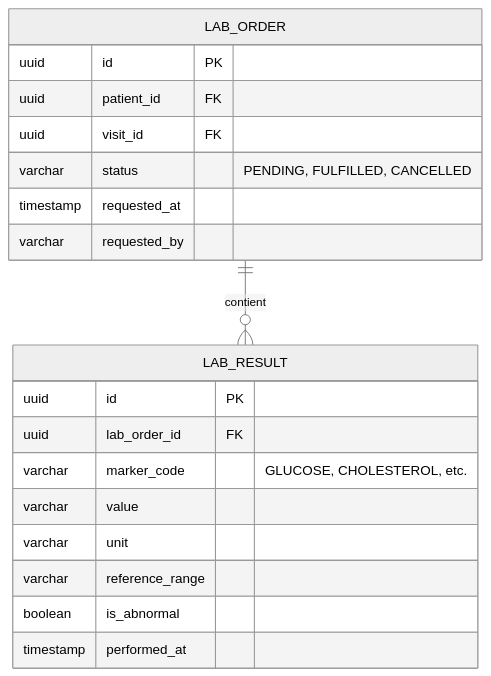
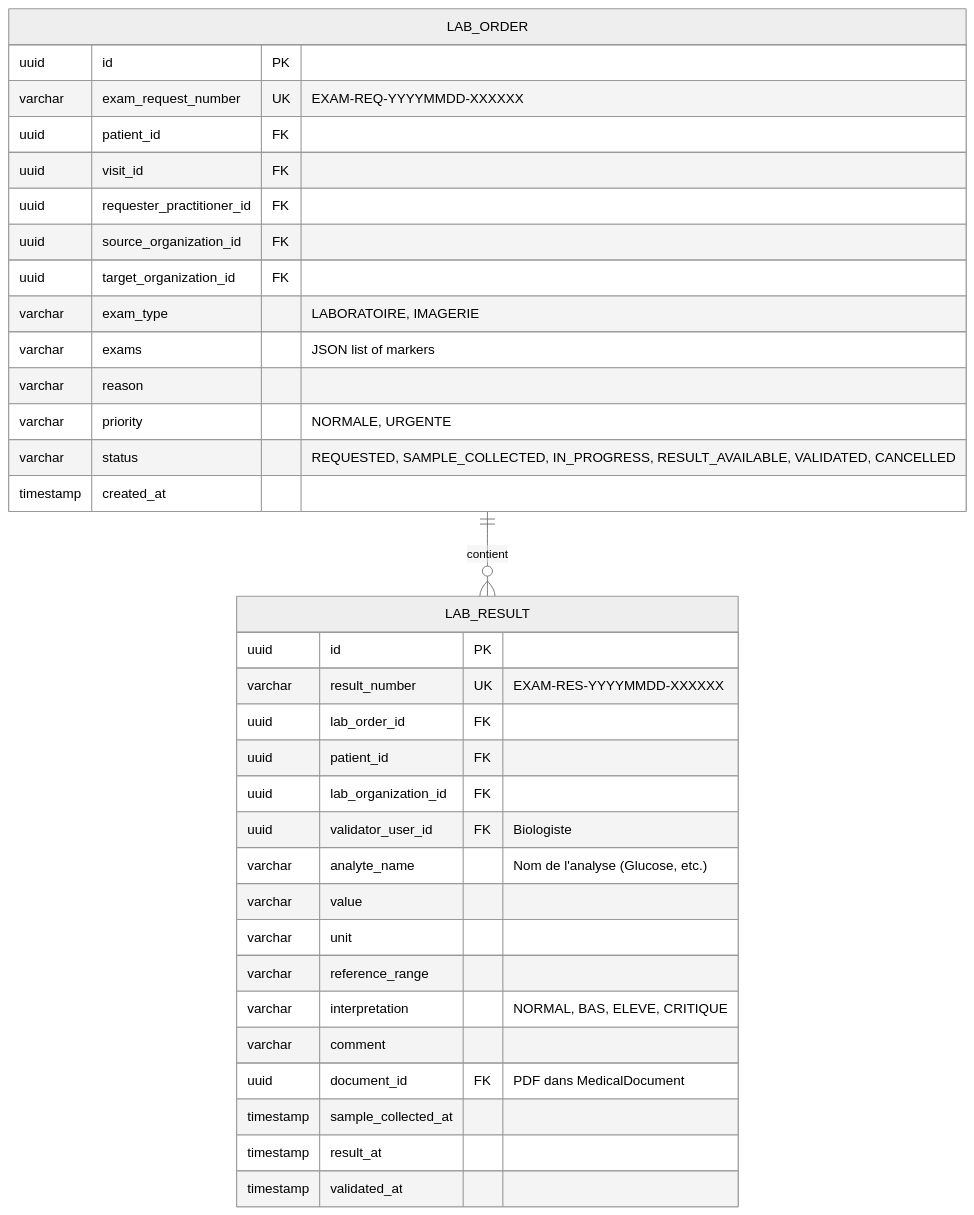
One commit to fomekong-jocelin/joprelys-connect changed the diagram in docs/features/lab-integration/TECHNICAL-DESIGN.md. Above: the diagram before and after it, drawn with Mermaid (neutral theme). The commit also changed other lines of this file and 4 other files, not shown here.

````diff
--- a/docs/features/lab-integration/TECHNICAL-DESIGN.md
+++ b/docs/features/lab-integration/TECHNICAL-DESIGN.md
@@ -14,22 +14,37 @@
 ```mermaid
 erDiagram
     LAB_ORDER {
         uuid id PK
+        varchar exam_request_number UK "EXAM-REQ-YYYYMMDD-XXXXXX"
         uuid patient_id FK
         uuid visit_id FK
-        varchar status "PENDING, FULFILLED, CANCELLED"
-        timestamp requested_at
-        varchar requested_by
+        uuid requester_practitioner_id FK
+        uuid source_organization_id FK
+        uuid target_organization_id FK
+        varchar exam_type "LABORATOIRE, IMAGERIE"
+        varchar exams "JSON list of markers"
+        varchar reason
+        varchar priority "NORMALE, URGENTE"
+        varchar status "REQUESTED, SAMPLE_COLLECTED, IN_PROGRESS, RESULT_AVAILABLE, VALIDATED, CANCELLED"
+        timestamp created_at
     }
     LAB_RESULT {
         uuid id PK
+        varchar result_number UK "EXAM-RES-YYYYMMDD-XXXXXX"
         uuid lab_order_id FK
-        varchar marker_code "GLUCOSE, CHOLESTEROL, etc."
+        uuid patient_id FK
+        uuid lab_organization_id FK
+        uuid validator_user_id FK "Biologiste"
+        varchar analyte_name "Nom de l'analyse (Glucose, etc.)"
         varchar value
         varchar unit
         varchar reference_range
-        boolean is_abnormal
-        timestamp performed_at
+        varchar interpretation "NORMAL, BAS, ELEVE, CRITIQUE"
+        varchar comment
+        uuid document_id FK "PDF dans MedicalDocument"
+        timestamp sample_collected_at
+        timestamp result_at
+        timestamp validated_at
     }
     LAB_ORDER ||--o{ LAB_RESULT : "contient"
 ```
````
